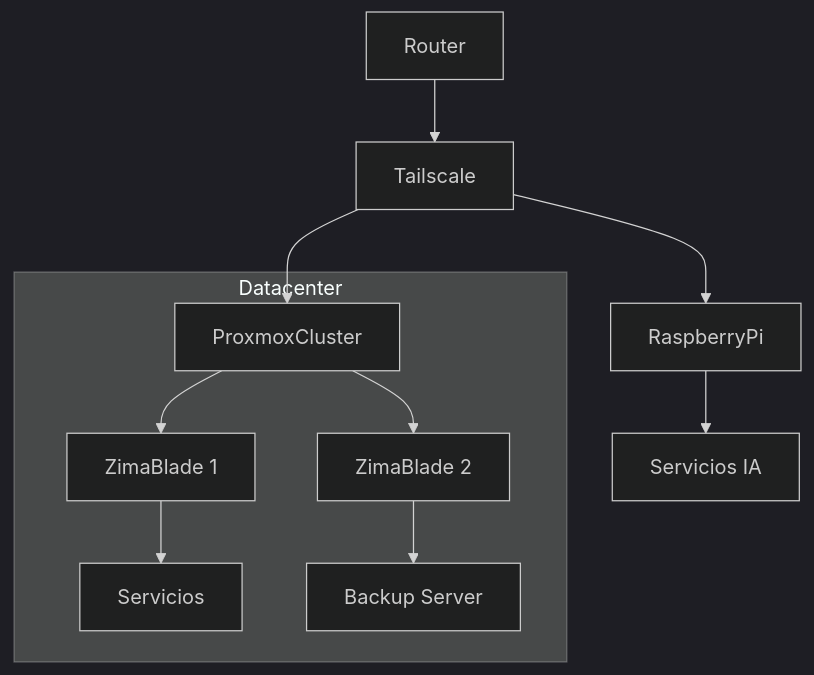
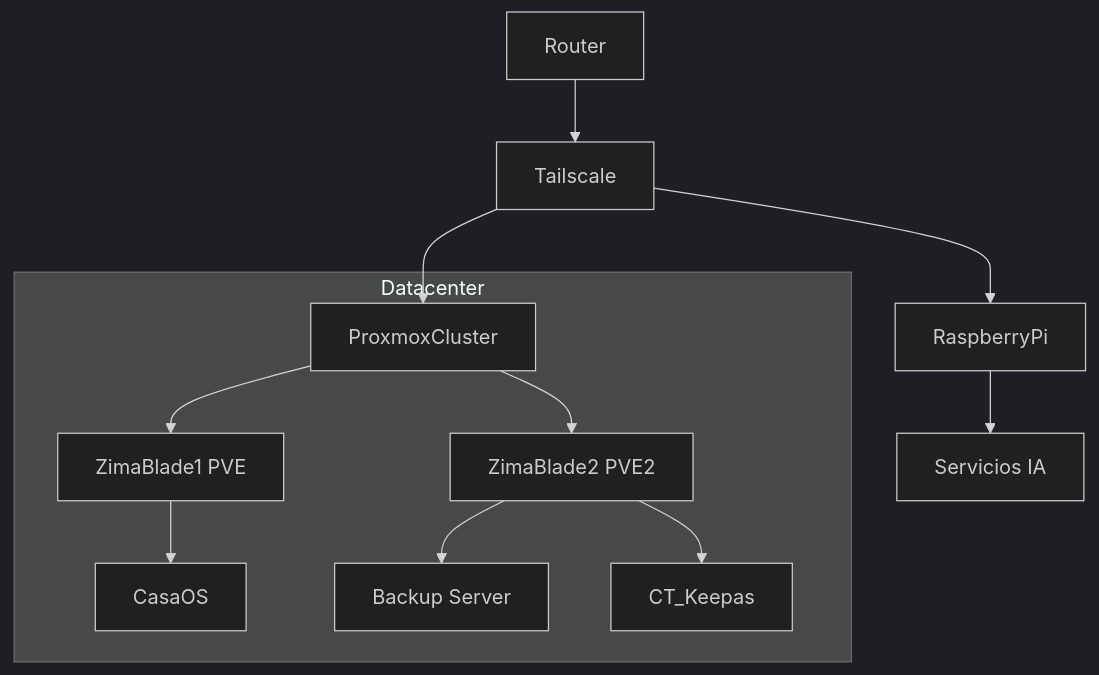
One commit to mateorzan/HOMELAB changed the diagram in README.md. Above: the diagram before and after it, drawn with Mermaid (dark theme). The commit also changed other lines of this file and 7 other files, not shown here.

````diff
--- a/README.md
+++ b/README.md
@@ -37,16 +37,17 @@
 ```mermaid
 graph TD
 
     Router --> Tailscale
     Tailscale --> ProxmoxCluster
     Tailscale --> RaspberryPi
 
     subgraph Datacenter
-        ProxmoxCluster --> Nodo1[ZimaBlade 1]
-        ProxmoxCluster --> Nodo2[ZimaBlade 2]
-        Nodo1 --> Servicios
+        ProxmoxCluster --> Nodo1[ZimaBlade1 PVE]
+        ProxmoxCluster --> Nodo2[ZimaBlade2 PVE2]
+        Nodo1 --> CasaOS
         Nodo2 --> PBS[Backup Server]
+	Nodo2 --> CT_Keepas
     end
 
     RaspberryPi --> IA[Servicios IA]
 ```
````
